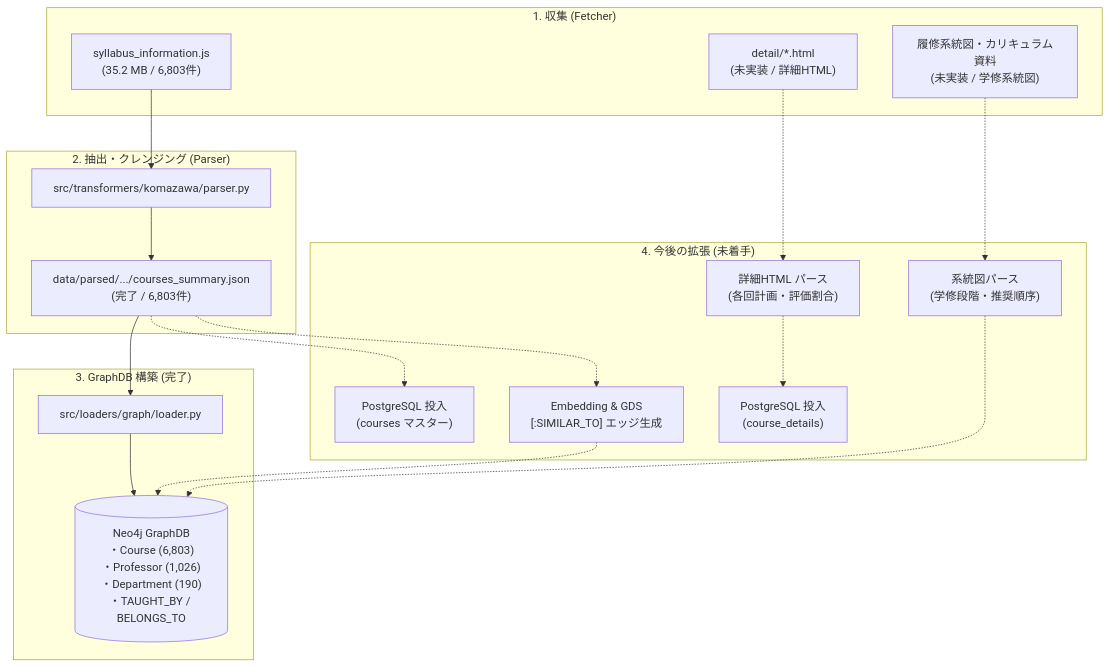
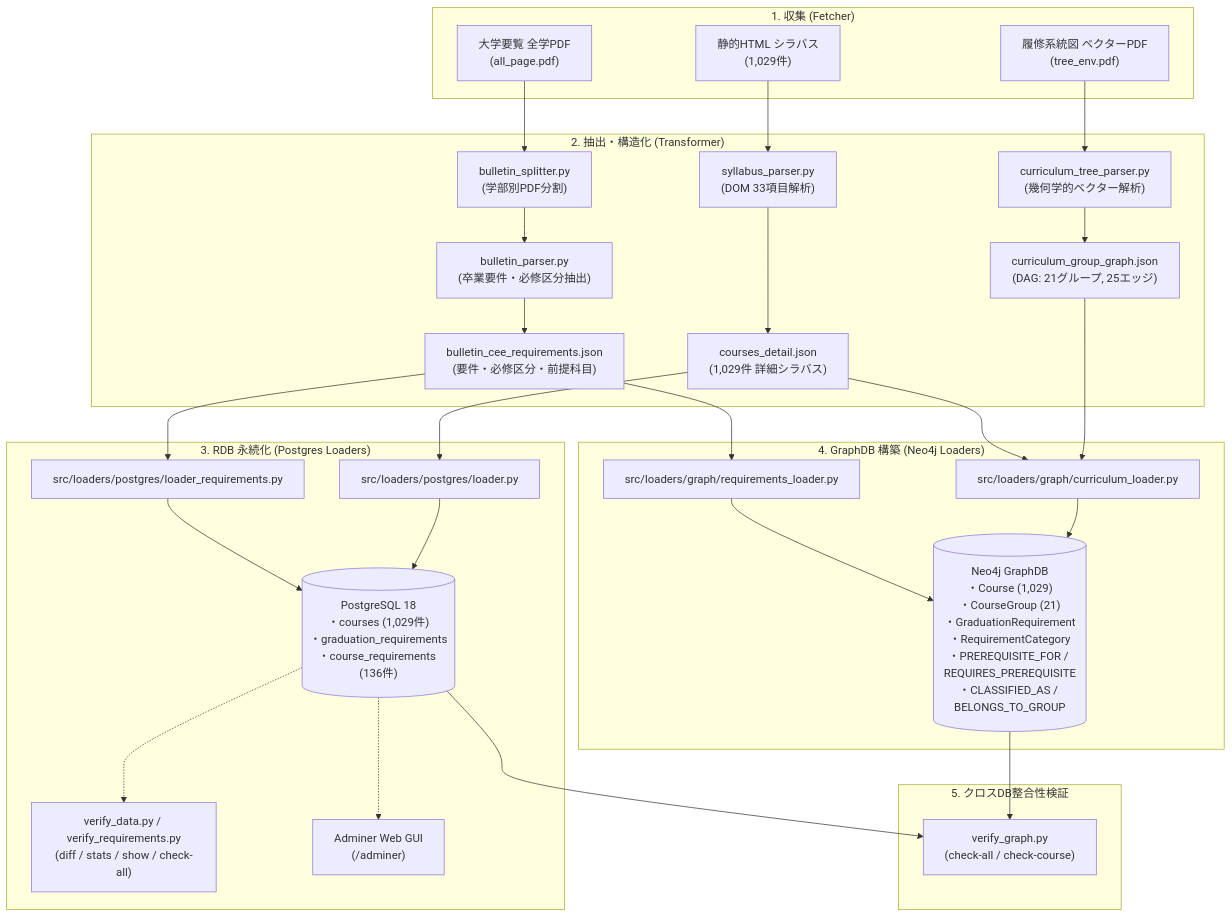
One commit to cyanosome/course-navigator changed the diagram in ingestion/README.md. Above: the diagram before and after it, drawn with Mermaid. The commit also changed other lines of this file, not shown here.

````diff
--- a/ingestion/README.md
+++ b/ingestion/README.md
@@ -120,30 +151,55 @@
 ```mermaid
 flowchart TD
     subgraph Extract["1. 収集 (Fetcher)"]
-        RawJS["syllabus_information.js<br/>(35.2 MB / 6,803件)"]
-        RawHTML["detail/*.html<br/>(未実装 / 詳細HTML)"]
-        RawTree["履修系統図・カリキュラム資料<br/>(未実装 / 学修系統図)"]
+        RawHTML["静的HTML シラバス<br/>(1,029件)"]
+        RawTreePDF["履修系統図 ベクターPDF<br/>(tree_env.pdf)"]
+        RawBulletinPDF["大学要覧 全学PDF<br/>(all_page.pdf)"]
     end
 
-    subgraph Transform["2. 抽出・クレンジング (Parser)"]
-        Parser["src/transformers/komazawa/parser.py"]
-        RawJS --> Parser
-        SummaryJSON["data/parsed/.../courses_summary.json<br/>(完了 / 6,803件)"]
-        Parser --> SummaryJSON
+    subgraph Transform["2. 抽出・構造化 (Transformer)"]
+        SyllabusParser["syllabus_parser.py<br/>(DOM 33項目解析)"]
+        TreeParser["curriculum_tree_parser.py<br/>(幾何学的ベクター解析)"]
+        BulletinSplitter["bulletin_splitter.py<br/>(学部別PDF分割)"]
+        BulletinParser["bulletin_parser.py<br/>(卒業要件・必修区分抽出)"]
+        
+        RawHTML --> SyllabusParser
+        RawTreePDF --> TreeParser
+        RawBulletinPDF --> BulletinSplitter
+        BulletinSplitter --> BulletinParser
+        
+        CoursesJSON["courses_detail.json<br/>(1,029件 詳細シラバス)"]
+        CurriculumJSON["curriculum_group_graph.json<br/>(DAG: 21グループ, 25エッジ)"]
+        BulletinJSON["bulletin_cee_requirements.json<br/>(要件・必修区分・前提科目)"]
+        
+        SyllabusParser --> CoursesJSON
+        TreeParser --> CurriculumJSON
+        BulletinParser --> BulletinJSON
     end
 
-    subgraph LoadGraph["3. GraphDB 構築 (完了)"]
-        SummaryJSON --> Loader["src/loaders/graph/loader.py"]
-        Loader --> Neo4j[("Neo4j GraphDB<br/>・Course (6,803)<br/>・Professor (1,026)<br/>・Department (190)<br/>・TAUGHT_BY / BELONGS_TO")]
+    subgraph LoadPG["3. RDB 永続化 (Postgres Loaders)"]
+        CoursesJSON --> PGLoader["src/loaders/postgres/loader.py"]
+        BulletinJSON --> PGReqLoader["src/loaders/postgres/loader_requirements.py"]
+        
+        PGLoader --> Postgres[("PostgreSQL 18<br/>・courses (1,029件)<br/>・graduation_requirements<br/>・course_requirements (136件)")]
+        PGReqLoader --> Postgres
+        
+        PGVerify["verify_data.py / verify_requirements.py<br/>(diff / stats / show / check-all)"]
+        Postgres -.-> PGVerify
+        Adminer["Adminer Web GUI<br/>(/adminer)"]
+        Postgres -.-> Adminer
     end
 
-    subgraph Pending["4. 今後の拡張 (未着手)"]
-        SummaryJSON -.-> LoadPG["PostgreSQL 投入<br/>(courses マスター)"]
-        RawHTML -.-> DetailParser["詳細HTML パース<br/>(各回計画・評価割合)"]
-        DetailParser -.-> PG_Detail["PostgreSQL 投入<br/>(course_details)"]
-        RawTree -.-> TreeParser["系統図パース<br/>(学修段階・推奨順序)"]
-        TreeParser -.-> Neo4j
-        SummaryJSON -.-> Embed["Embedding & GDS<br/>[:SIMILAR_TO] エッジ生成"]
-        Embed -.-> Neo4j
+    subgraph LoadGraph["4. GraphDB 構築 (Neo4j Loaders)"]
+        CurriculumJSON --> GraphLoader["src/loaders/graph/curriculum_loader.py"]
+        CoursesJSON --> GraphLoader
+        BulletinJSON --> GraphReqLoader["src/loaders/graph/requirements_loader.py"]
+        
+        GraphLoader --> Neo4j[("Neo4j GraphDB<br/>・Course (1,029)<br/>・CourseGroup (21)<br/>・GraduationRequirement<br/>・RequirementCategory<br/>・PREREQUISITE_FOR / REQUIRES_PREREQUISITE<br/>・CLASSIFIED_AS / BELONGS_TO_GROUP")]
+        GraphReqLoader --> Neo4j
+    end
+
+    subgraph Verify["5. クロスDB整合性検証"]
+        Neo4j --> CrossVerify["verify_graph.py<br/>(check-all / check-course)"]
+        Postgres --> CrossVerify
     end
 ```
````
